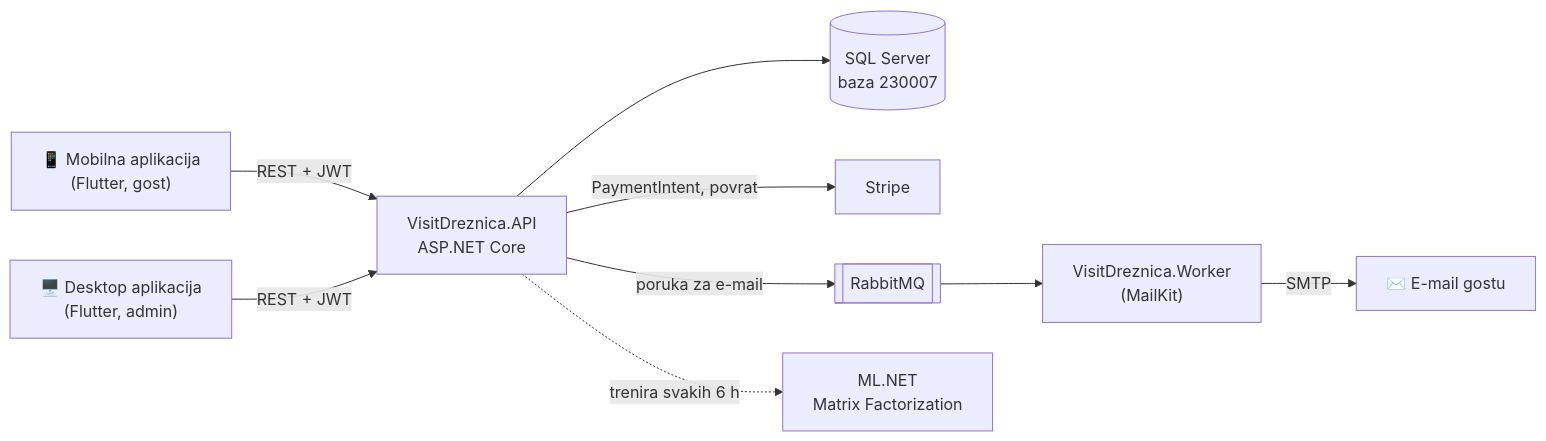
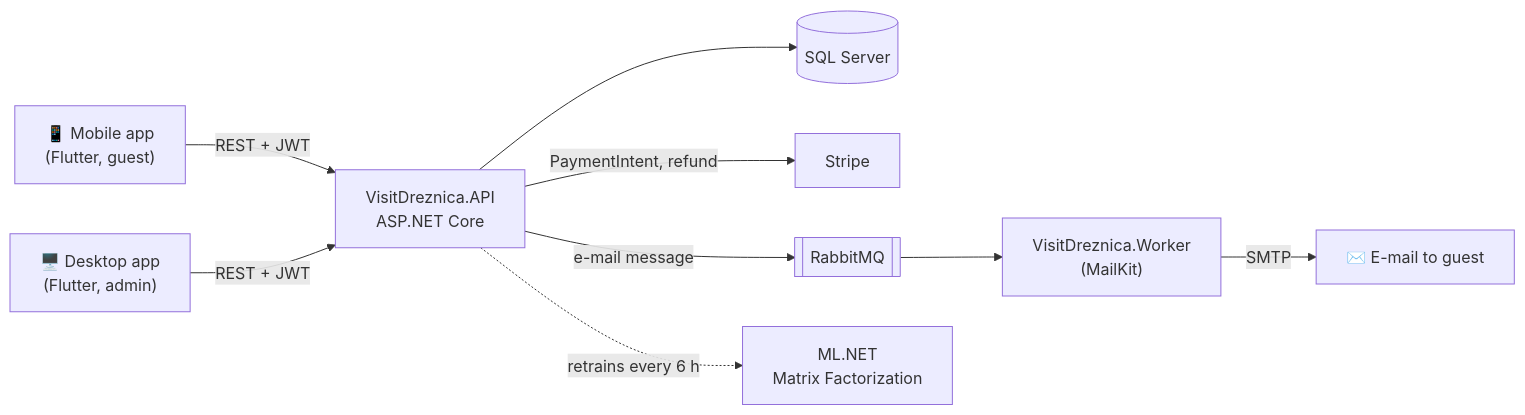
The diagram in README.md (namikomerovic/VisitDreznica), drawn with Mermaid before and after one commit. The commit also changed other lines of this file, not shown here.

````diff
--- a/README.md
+++ b/README.md
@@ -135,11 +138,11 @@
 ```mermaid
 flowchart LR
-    M["📱 Mobilna aplikacija<br/>(Flutter, gost)"] -->|REST + JWT| API
-    D["🖥️ Desktop aplikacija<br/>(Flutter, admin)"] -->|REST + JWT| API
-    API["VisitDreznica.API<br/>ASP.NET Core"] --> DB[("SQL Server<br/>baza 230007")]
-    API -->|PaymentIntent, povrat| S["Stripe"]
-    API -->|poruka za e-mail| Q[["RabbitMQ"]]
+    M["📱 Mobile app<br/>(Flutter, guest)"] -->|REST + JWT| API
+    D["🖥️ Desktop app<br/>(Flutter, admin)"] -->|REST + JWT| API
+    API["VisitDreznica.API<br/>ASP.NET Core"] --> DB[("SQL Server")]
+    API -->|PaymentIntent, refund| S["Stripe"]
+    API -->|e-mail message| Q[["RabbitMQ"]]
     Q --> W["VisitDreznica.Worker<br/>(MailKit)"]
-    W -->|SMTP| E["✉️ E-mail gostu"]
-    API -.->|trenira svakih 6 h| ML["ML.NET<br/>Matrix Factorization"]
+    W -->|SMTP| E["✉️ E-mail to guest"]
+    API -.->|retrains every 6 h| ML["ML.NET<br/>Matrix Factorization"]
 ```
````
